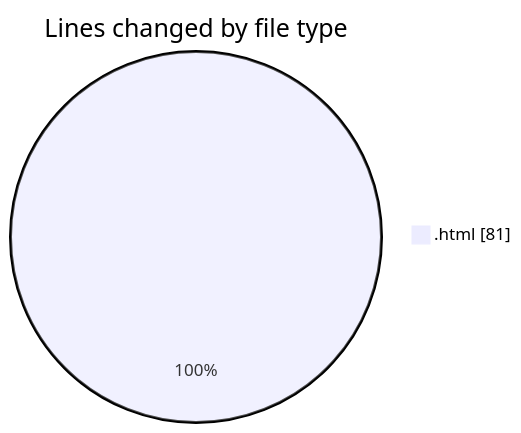
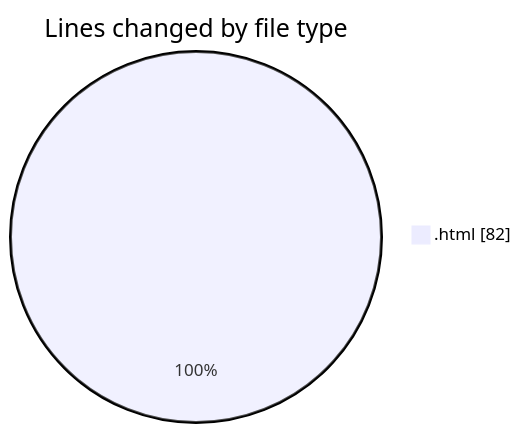
Before and after one commit to nxtqubesakshisongat/code-tracking: the first of 2 diagrams in 2025-10-24/javacript/README.md, drawn with Mermaid. The commit also changed other lines of this file and 1 other file, not shown here.

````diff
--- a/2025-10-24/javacript/README.md
+++ b/2025-10-24/javacript/README.md
@@ -20,5 +20,5 @@
 ```mermaid
 pie showData
 title Lines changed by file type
-".html" : 81
+".html" : 82
 ```
````
